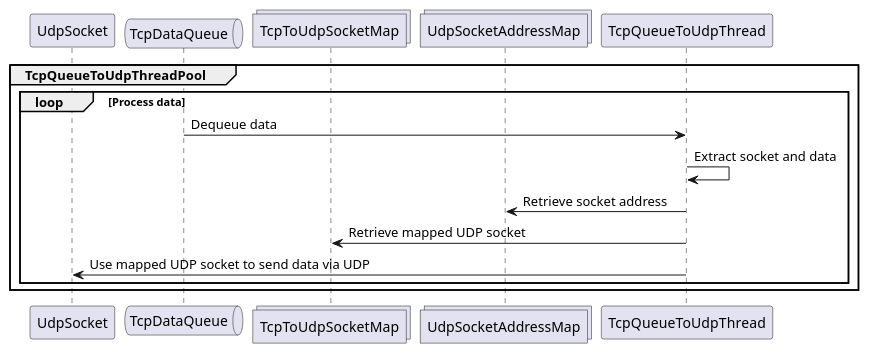
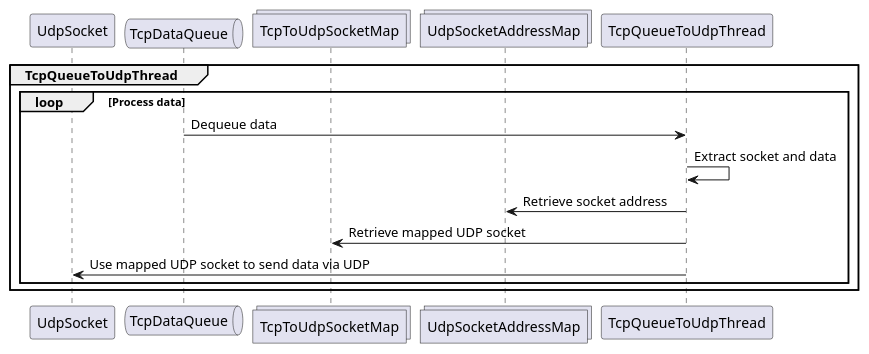
Before and after one commit to xiguichen/tcpudp: the fourth of 6 diagrams in doc/server.md, drawn with PlantUML. The commit also changed other lines of this file and 21 other files, not shown here.

```diff
--- a/doc/server.md
+++ b/doc/server.md
@@ -76,17 +76,17 @@
 @startuml
 participant UdpSocket
 queue TcpDataQueue
 collections TcpToUdpSocketMap
 collections UdpSocketAddressMap
 
-group TcpQueueToUdpThreadPool
+group TcpQueueToUdpThread
     loop Process data
         TcpDataQueue -> TcpQueueToUdpThread: Dequeue data
         TcpQueueToUdpThread -> TcpQueueToUdpThread: Extract socket and data
         TcpQueueToUdpThread -> UdpSocketAddressMap: Retrieve socket address
         TcpQueueToUdpThread -> TcpToUdpSocketMap: Retrieve mapped UDP socket
         TcpQueueToUdpThread -> UdpSocket: Use mapped UDP socket to send data via UDP
     end
 end
 
 @enduml
```
